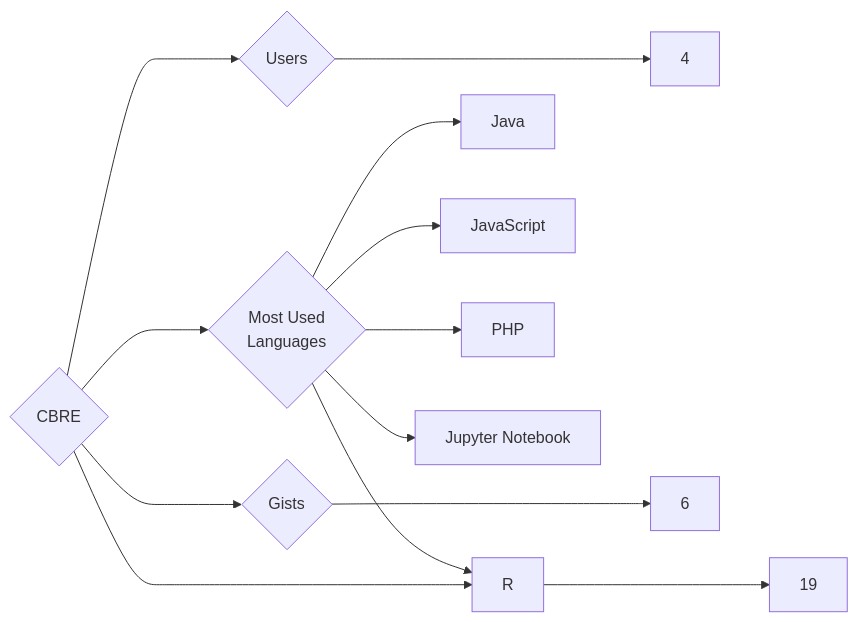
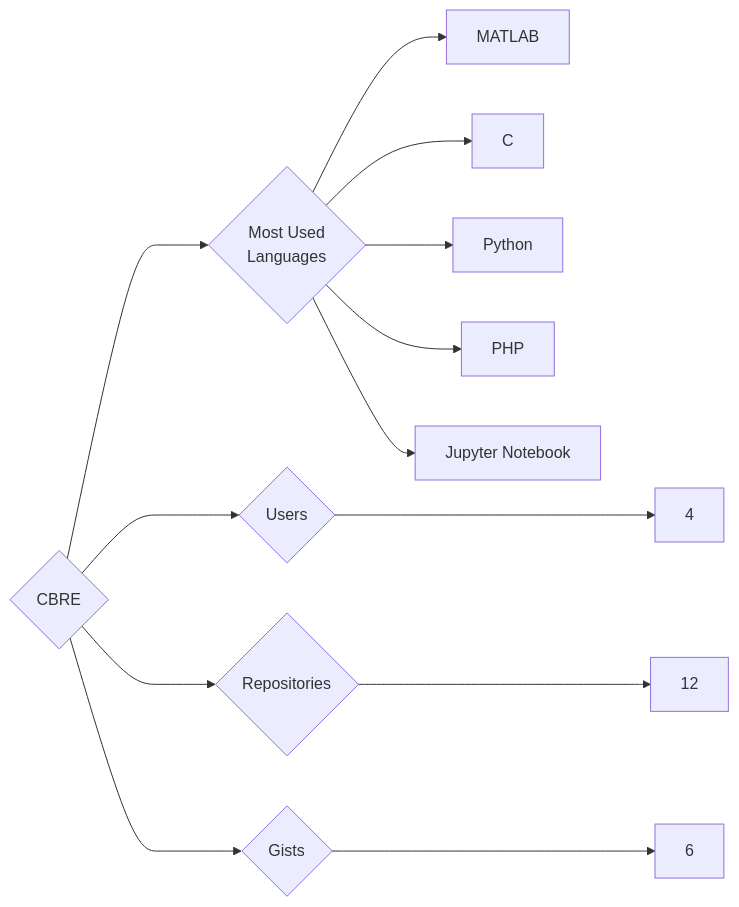
One commit to trickest/insiders changed the diagram in targets/CBRE/README.md. Above: the diagram before and after it, drawn with Mermaid. The commit also changed 1141 other files, not shown here.

````diff
--- a/targets/CBRE/README.md
+++ b/targets/CBRE/README.md
@@ -3,13 +3,13 @@
 ```mermaid
 graph LR
 COMPANY_NAME{CBRE}
 COMPANY_NAME ---> U{Users} ---> UN[4]
-COMPANY_NAME ---> R{Repositories} ---> RN[19]
+COMPANY_NAME ---> R{Repositories} ---> RN[12]
 COMPANY_NAME ---> G{Gists} ---> GN[6]
 COMPANY_NAME ---> ML{Most Used<br>Languages}
-ML --> Java[Java]
-ML --> JavaScript[JavaScript]
-ML --> R[R]
+ML --> MATLAB[MATLAB]
+ML --> C[C]
+ML --> Python[Python]
 ML --> PHP[PHP]
 ML --> Jupyter_Notebook[Jupyter Notebook]
 ```
````
